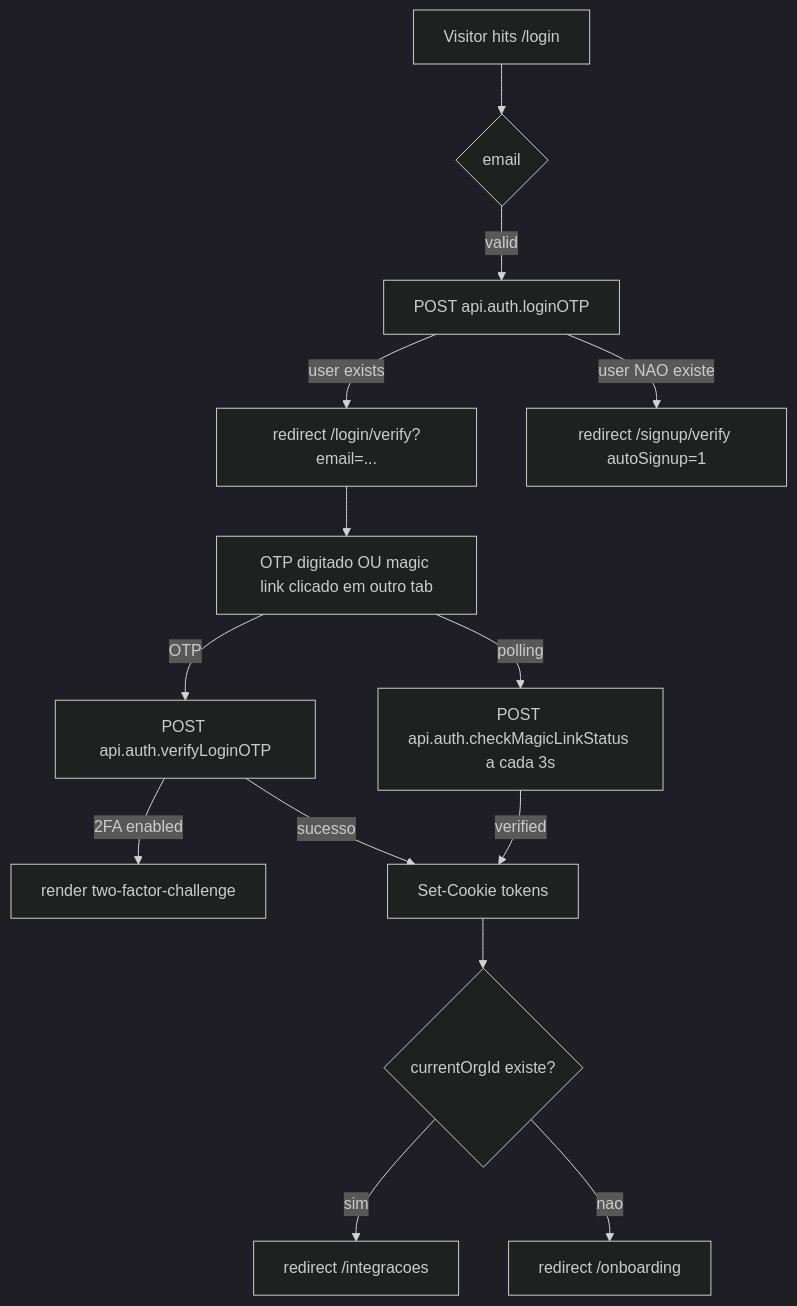
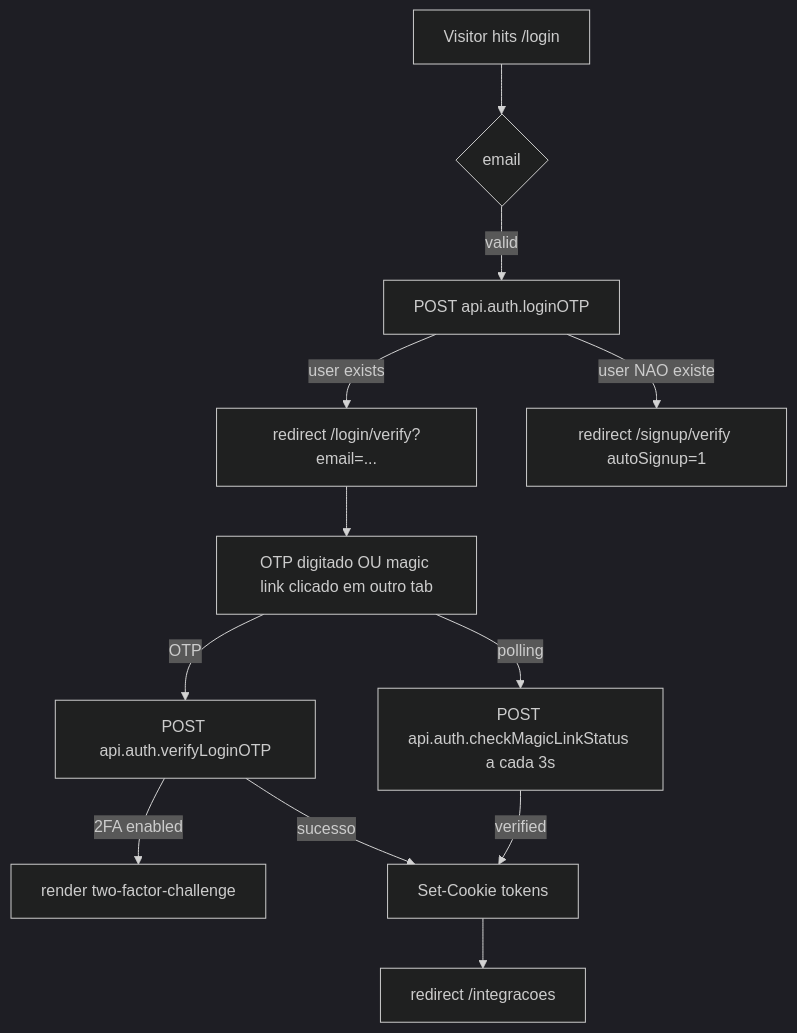
The second of 3 diagrams in docs/auth/USER_JOURNEY.md (quayer/app-quayer), drawn with Mermaid (dark theme) before and after one commit. The commit also changed other lines of this file and 28 other files, not shown here.

````diff
--- a/docs/auth/USER_JOURNEY.md
+++ b/docs/auth/USER_JOURNEY.md
@@ -34,16 +31,14 @@
 ```mermaid
 flowchart TD
   A[Visitor hits /login] --> B{email}
   B -->|valid| C[POST api.auth.loginOTP]
   C -->|user exists| D[redirect /login/verify?email=...]
   C -->|user NAO existe| Dx[redirect /signup/verify autoSignup=1]
   D --> E[OTP digitado OU magic link clicado em outro tab]
   E -->|OTP| F[POST api.auth.verifyLoginOTP]
   E -->|polling| Fp[POST api.auth.checkMagicLinkStatus a cada 3s]
   F -->|2FA enabled| G2[render two-factor-challenge]
   F -->|sucesso| G[Set-Cookie tokens]
   Fp -->|verified| G
-  G --> H{currentOrgId existe?}
-  H -->|sim| I[redirect /integracoes]
-  H -->|nao| J[redirect /onboarding]
+  G --> I[redirect /integracoes]
 ```
````
